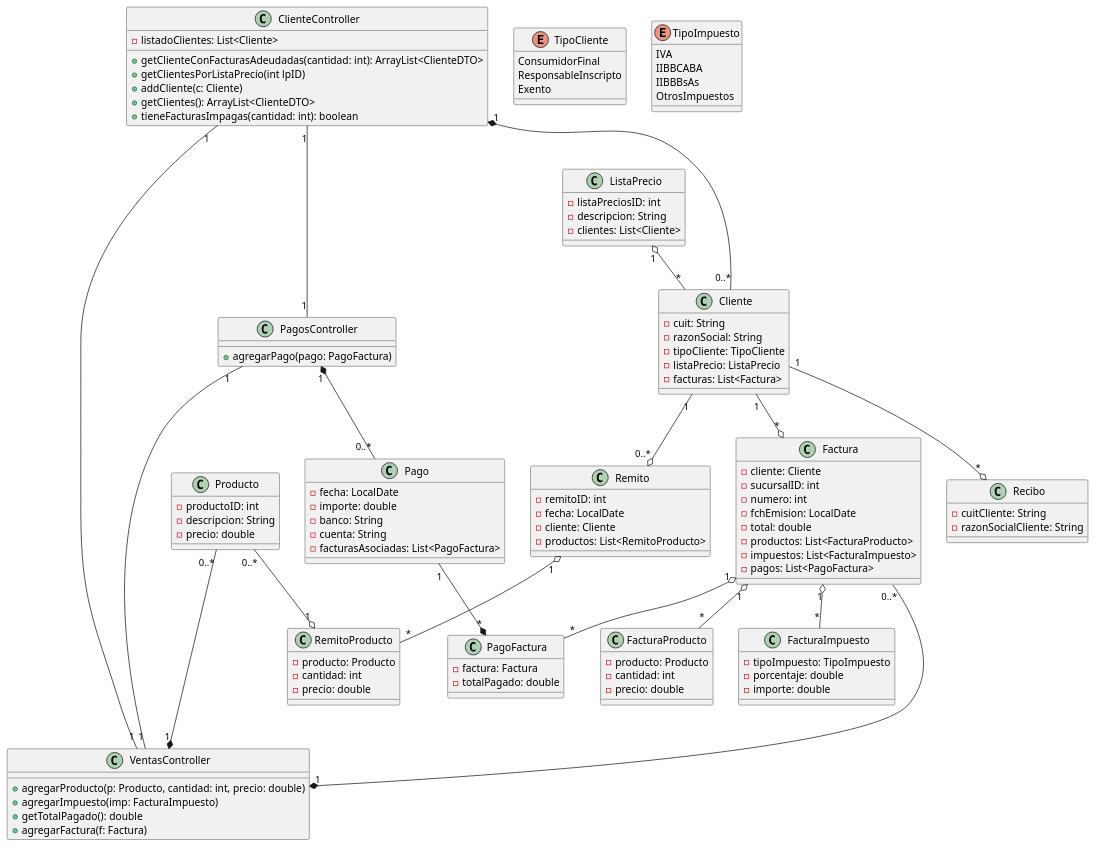
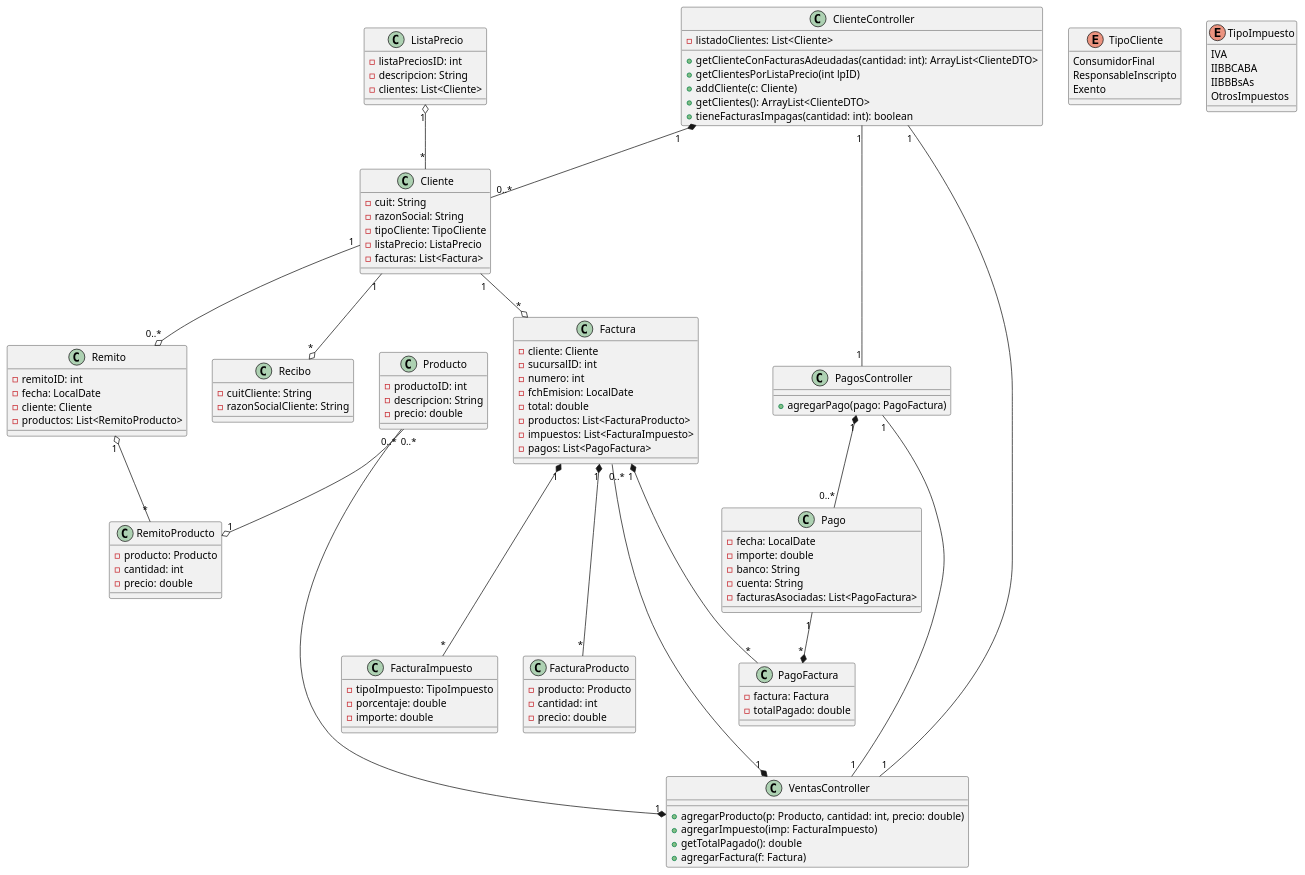
The diagram in src/main/java/diagrams/DiagramClass.puml (CoachEmilio/SimulacroPOO), drawn with PlantUML before and after one commit. The commit also changed 1 other file, not shown here.

Commit message:
Update Class diagram & Sequence Diagram Zoe Feedback >= cantFacturas opt

```diff
--- a/src/main/java/diagrams/DiagramClass.puml
+++ b/src/main/java/diagrams/DiagramClass.puml
@@ -1,121 +1,121 @@
 @startuml
 ' Modelos principales
 class Cliente {
   - cuit: String
   - razonSocial: String
   - tipoCliente: TipoCliente
   - listaPrecio: ListaPrecio
   - facturas: List<Factura>
 }
 class ListaPrecio {
   - listaPreciosID: int
   - descripcion: String
   - clientes: List<Cliente>
 }
 class Factura {
   - cliente: Cliente
   - sucursalID: int
   - numero: int
   - fchEmision: LocalDate
   - total: double
   - productos: List<FacturaProducto>
   - impuestos: List<FacturaImpuesto>
   - pagos: List<PagoFactura>
 }
 class FacturaProducto {
   - producto: Producto
   - cantidad: int
   - precio: double
 }
 class FacturaImpuesto {
   - tipoImpuesto: TipoImpuesto
   - porcentaje: double
   - importe: double
 }
 class PagoFactura {
   - factura: Factura
   - totalPagado: double
 }
 class Producto {
   - productoID: int
   - descripcion: String
   - precio: double
 }
 class Remito {
   - remitoID: int
   - fecha: LocalDate
   - cliente: Cliente
   - productos: List<RemitoProducto>
 }
 class RemitoProducto {
   - producto: Producto
   - cantidad: int
   - precio: double
 }
 class Pago {
   - fecha: LocalDate
   - importe: double
   - banco: String
   - cuenta: String
   - facturasAsociadas: List<PagoFactura>
 }
 class Recibo {
   - cuitCliente: String
   - razonSocialCliente: String
 }
 
 ' Controladores (Singleton)
 class ClienteController{
   - listadoClientes: List<Cliente>
   + getClienteConFacturasAdeudadas(cantidad: int): ArrayList<ClienteDTO>
   + getClientesPorListaPrecio(int lpID)
   + addCliente(c: Cliente)
   + getClientes(): ArrayList<ClienteDTO>
   + tieneFacturasImpagas(cantidad: int): boolean
   }
 
 class VentasController {
   + agregarProducto(p: Producto, cantidad: int, precio: double)
   + agregarImpuesto(imp: FacturaImpuesto)
   + getTotalPagado(): double
   + agregarFactura(f: Factura)
   }
 
 class PagosController{
   + agregarPago(pago: PagoFactura)
   }
 
 ' Enumeraciones
 enum TipoCliente {
   ConsumidorFinal
   ResponsableInscripto
   Exento
 }
 enum TipoImpuesto {
   IVA
   IIBBCABA
   IIBBBsAs
   OtrosImpuestos
 }
 
 ' Relaciones de composición y asociación
 ListaPrecio "1" o-- "*" Cliente
 Cliente "1" --o "*" Factura
 Cliente "1" --o "*" Recibo
-Factura "1" o-- "*" FacturaProducto
-Factura "1" o-- "*" FacturaImpuesto
-Factura "1" o-- "*" PagoFactura
+Factura "1" *--- "*" FacturaProducto
+Factura "1" *--- "*" FacturaImpuesto
+Factura "1" *--- "*" PagoFactura
 Remito "1" o-- "*" RemitoProducto
 Pago "1" --* "*" PagoFactura
 Factura "0..*" --* "1" VentasController
 Producto "0..*" --* "1" VentasController
 Producto "0..*" --o "1" RemitoProducto
 Cliente "1" --o "0..*" Remito
 
 ClienteController "1" *-- "0..*" Cliente
 PagosController "1" *-- "0..*" Pago
 ClienteController "1" --- "1" PagosController
 ClienteController "1" --- "1" VentasController
 PagosController "1" ---- "1" VentasController
 
 @enduml
```
